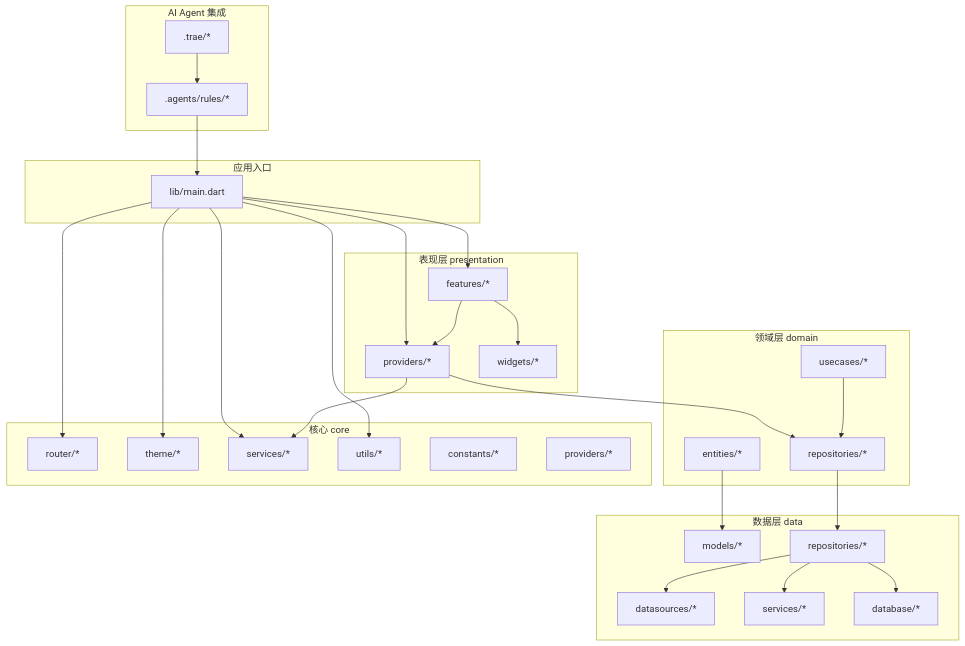
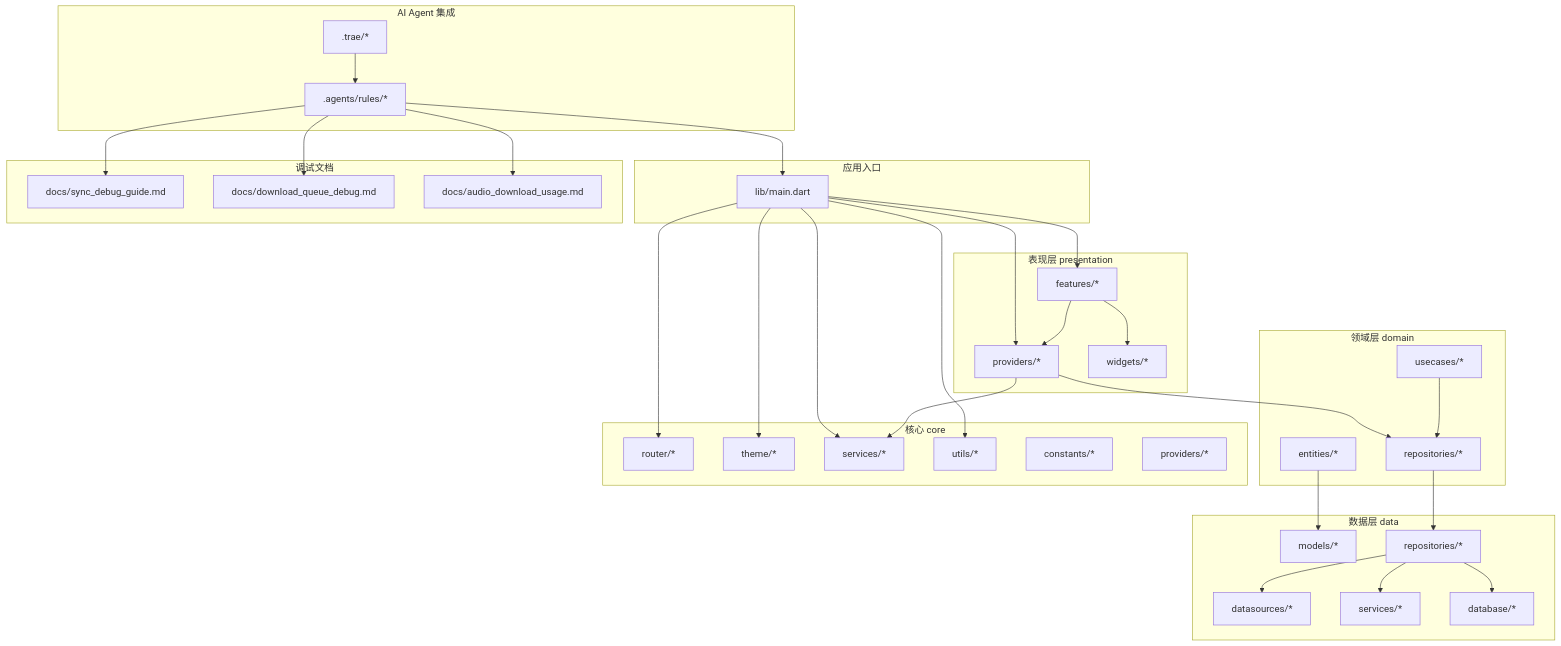
Before and after one commit to ZTfer/Tinycast: the first of 4 diagrams in .qoder/repowiki/zh/content/开发指南/开发指南.md, drawn with Mermaid. The commit also changed other lines of this file and 7 other files, not shown here.

````diff
--- a/.qoder/repowiki/zh/content/开发指南/开发指南.md
+++ b/.qoder/repowiki/zh/content/开发指南/开发指南.md
@@ -57,53 +60,61 @@
 ```mermaid
 graph TB
 subgraph "应用入口"
 main["lib/main.dart"]
 end
 subgraph "表现层 presentation"
 features["features/*"]
 providers_p["providers/*"]
 widgets_p["widgets/*"]
 end
 subgraph "领域层 domain"
 entities["entities/*"]
 usecases["usecases/*"]
 repos_i["repositories/*"]
 end
 subgraph "数据层 data"
 models["models/*"]
 repositories["repositories/*"]
 datasources["datasources/*"]
 services_d["services/*"]
 database["database/*"]
 end
 subgraph "核心 core"
 router["router/*"]
 theme["theme/*"]
 services_c["services/*"]
 utils["utils/*"]
 constants["constants/*"]
 providers_c["providers/*"]
 end
 subgraph "AI Agent 集成"
 agents_rules[".agents/rules/*"]
 trae_config[".trae/*"]
 end
+subgraph "调试文档"
+sync_docs["docs/sync_debug_guide.md"]
+download_docs["docs/download_queue_debug.md"]
+usage_docs["docs/audio_download_usage.md"]
+end
 main --> features
 main --> providers_p
 main --> router
 main --> theme
 main --> services_c
 main --> utils
 features --> providers_p
 features --> widgets_p
 providers_p --> services_c
 providers_p --> repos_i
 repos_i --> repositories
 repositories --> datasources
 repositories --> database
 repositories --> services_d
 usecases --> repos_i
 entities --> models
 agents_rules --> main
 trae_config --> agents_rules
+agents_rules --> sync_docs
+agents_rules --> download_docs
+agents_rules --> usage_docs
 ```
````
